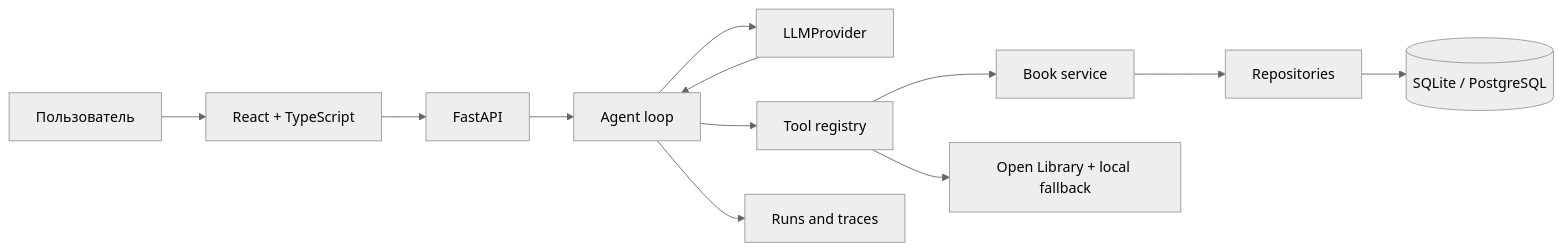
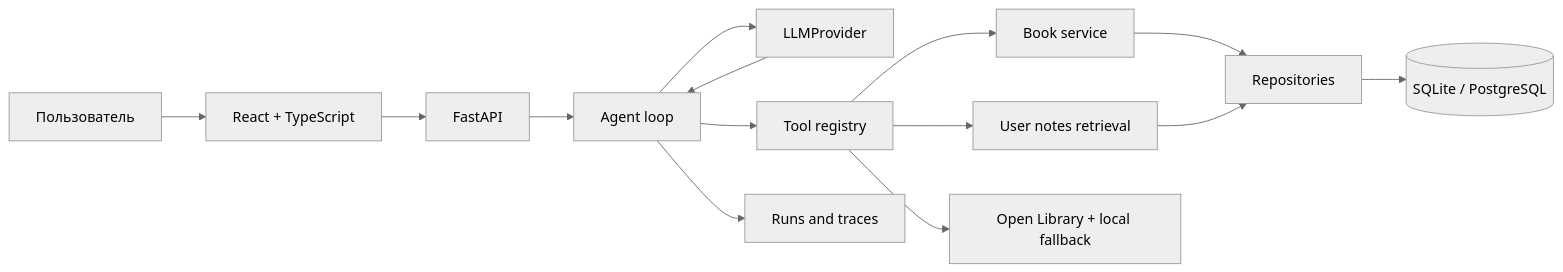
Before and after one commit to nickkupriyanov/book-agent: the diagram in README.md, drawn with Mermaid (neutral theme). The commit also changed other lines of this file and 6 other files, not shown here.

Commit message:
test: close user memory stage

````diff
--- a/README.md
+++ b/README.md
@@ -67,14 +67,16 @@
 ```mermaid
 flowchart LR
     U["Пользователь"] --> UI["React + TypeScript"]
     UI --> API["FastAPI"]
     API --> LOOP["Agent loop"]
     LOOP --> LLM["LLMProvider"]
     LLM --> LOOP
     LOOP --> REG["Tool registry"]
     REG --> SVC["Book service"]
+    REG --> MEMORY["User notes retrieval"]
     SVC --> REPO["Repositories"]
+    MEMORY --> REPO
     REPO --> DB[("SQLite / PostgreSQL")]
     REG --> CATALOG["Open Library + local fallback"]
     LOOP --> TRACE["Runs and traces"]
 ```
````
